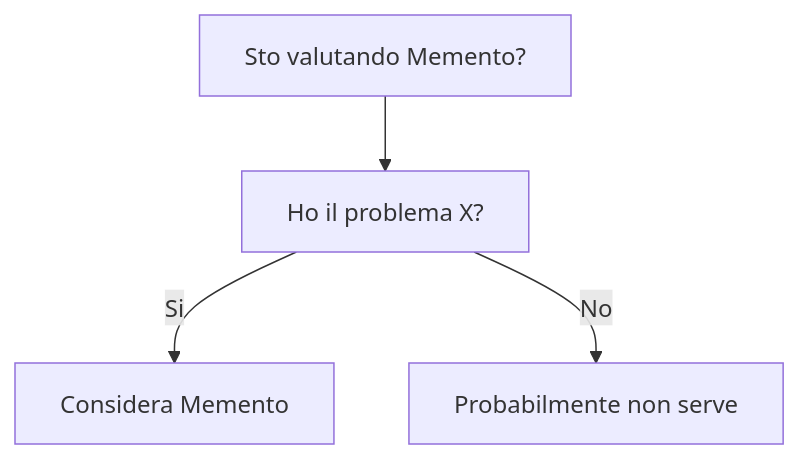
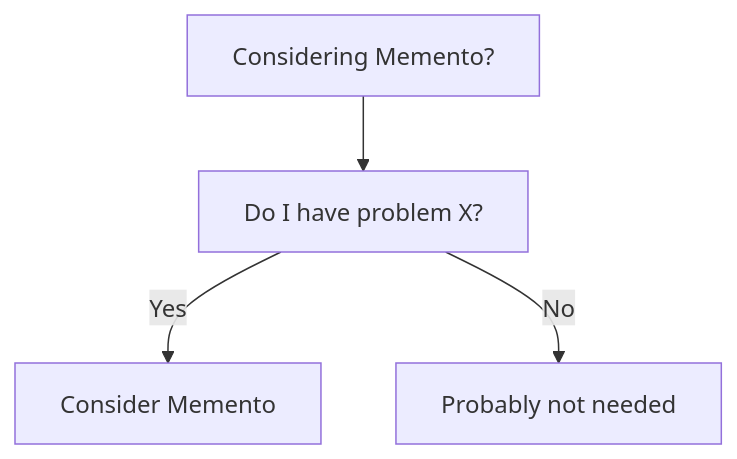
Before and after one commit to HxT9/Software-Dev-Wiki: the diagram in dev-wiki/03_Design_Patterns/Behavioral/Memento/When_To_Use.md, drawn with Mermaid. The commit also changed other lines of this file and 3444 other files, not shown here.

````diff
--- a/dev-wiki/03_Design_Patterns/Behavioral/Memento/When_To_Use.md
+++ b/dev-wiki/03_Design_Patterns/Behavioral/Memento/When_To_Use.md
@@ -19,6 +19,6 @@
 ```mermaid
 flowchart TD
-  Q[Sto valutando Memento?] --> Q1[Ho il problema X?]
-  Q1 -->|Si| OK[Considera Memento]
-  Q1 -->|No| NO[Probabilmente non serve]
+  Q[Considering Memento?] --> Q1[Do I have problem X?]
+  Q1 -->|Yes| OK[Consider Memento]
+  Q1 -->|No| NO[Probably not needed]
 ```
````
